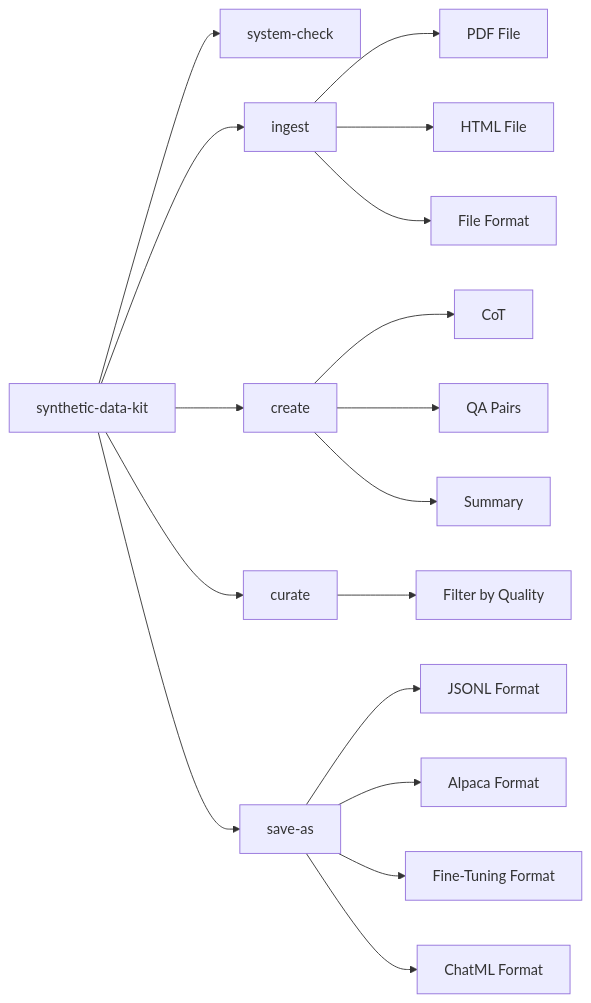
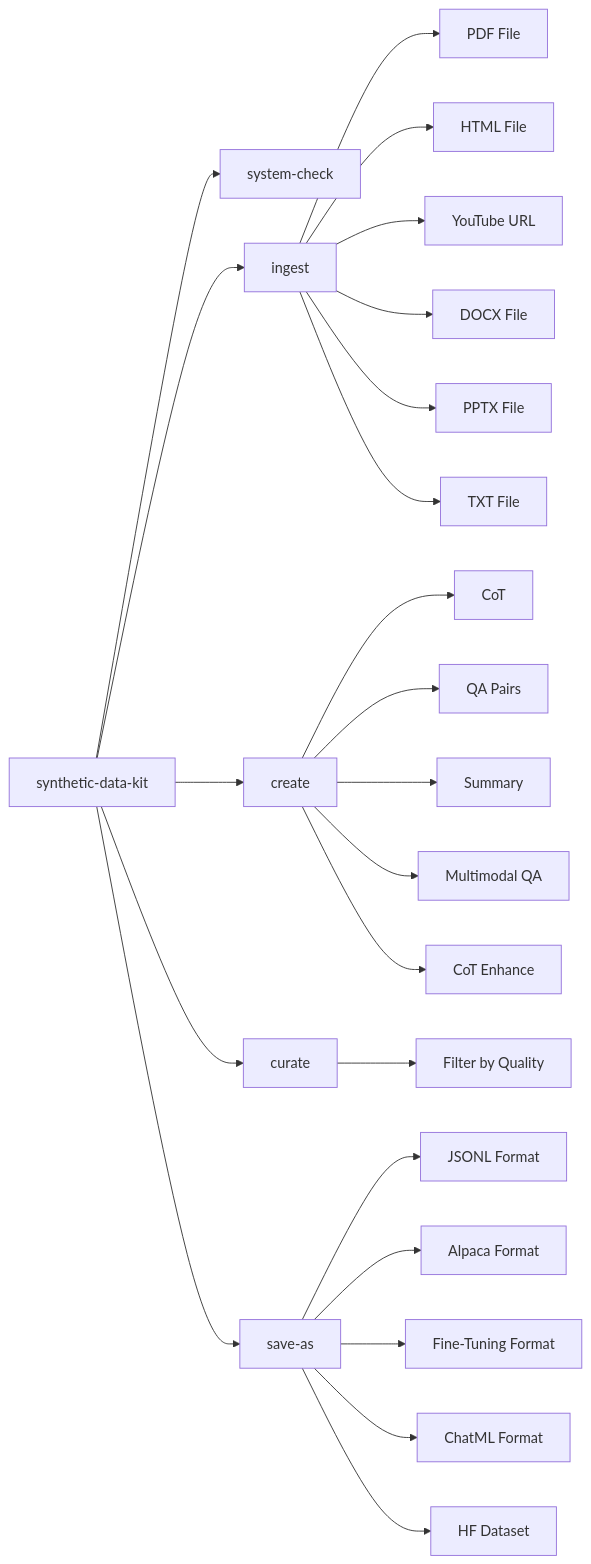
Before and after one commit to teron131/LLM-Distillation: the diagram in synthetic-data-kit_README.md, drawn with Mermaid. The commit also changed other lines of this file, not shown here.

````diff
--- a/synthetic-data-kit_README.md
+++ b/synthetic-data-kit_README.md
@@ -419,24 +193,29 @@
 ```mermaid
 graph LR
     SDK --> SystemCheck[system-check]
     SDK[synthetic-data-kit] --> Ingest[ingest]
     SDK --> Create[create]
     SDK --> Curate[curate]
     SDK --> SaveAs[save-as]
-    
+
     Ingest --> PDFFile[PDF File]
     Ingest --> HTMLFile[HTML File]
-    Ingest --> YouTubeURL[File Format]
+    Ingest --> YouTubeURL[YouTube URL]
+    Ingest --> DocXFile[DOCX File]
+    Ingest --> PPTXFile[PPTX File]
+    Ingest --> TXTFile[TXT File]
 
-    
     Create --> CoT[CoT]
     Create --> QA[QA Pairs]
     Create --> Summary[Summary]
-    
+    Create --> MultimodalQA[Multimodal QA]
+    Create --> CoTEnhance[CoT Enhance]
+
     Curate --> Filter[Filter by Quality]
-    
+
     SaveAs --> JSONL[JSONL Format]
     SaveAs --> Alpaca[Alpaca Format]
     SaveAs --> FT[Fine-Tuning Format]
     SaveAs --> ChatML[ChatML Format]
+    SaveAs --> HFDataset[HF Dataset]
 ```
````
